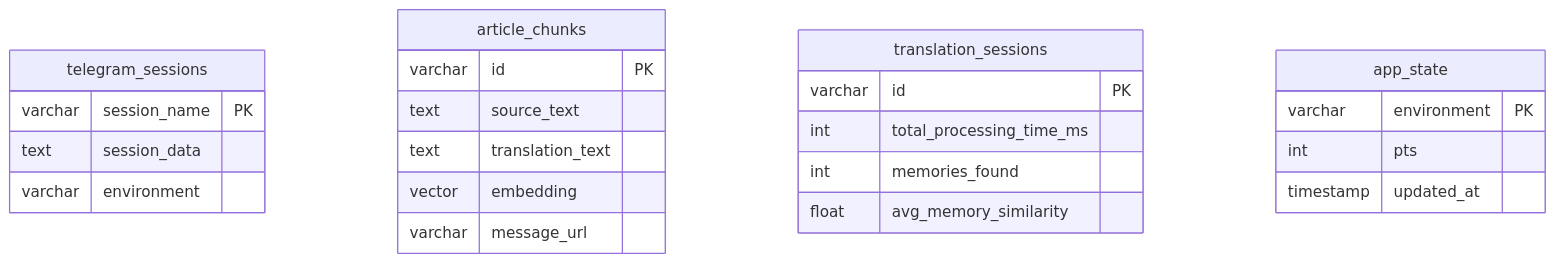
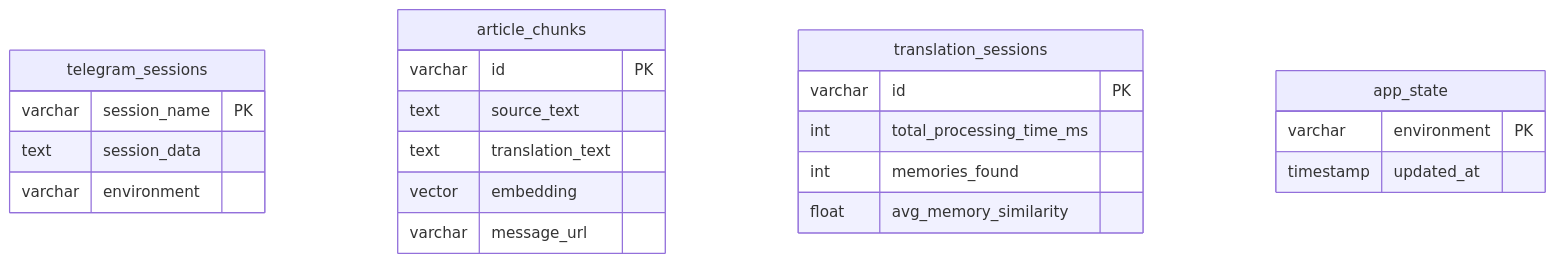
One commit to segalmax/telegram_zoomer changed the diagram in docs/DATA-ARCHITECTURE.md. Above: the diagram before and after it, drawn with Mermaid. The commit also changed other lines of this file and 6 other files, not shown here.

````diff
--- a/docs/DATA-ARCHITECTURE.md
+++ b/docs/DATA-ARCHITECTURE.md
@@ -10,29 +10,29 @@
 ```mermaid
 erDiagram
     telegram_sessions {
         varchar session_name PK
         text session_data
         varchar environment
     }
     
     article_chunks {
         varchar id PK
         text source_text
         text translation_text
         vector embedding
         varchar message_url
     }
     
     translation_sessions {
         varchar id PK
         int total_processing_time_ms
         int memories_found
         float avg_memory_similarity
     }
     
     app_state {
         varchar environment PK
-        int pts
+        
         timestamp updated_at
     }
 ```
````
